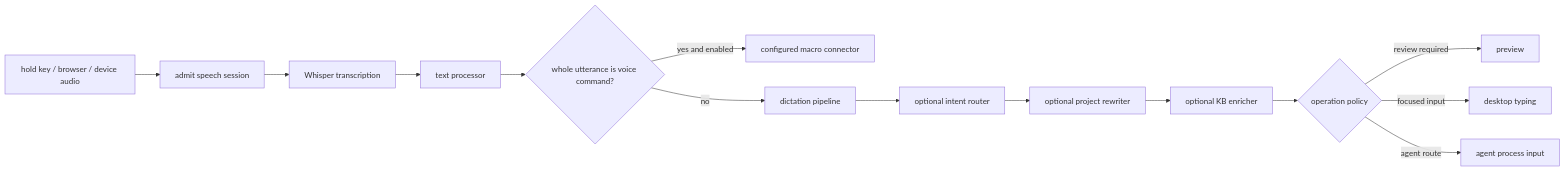
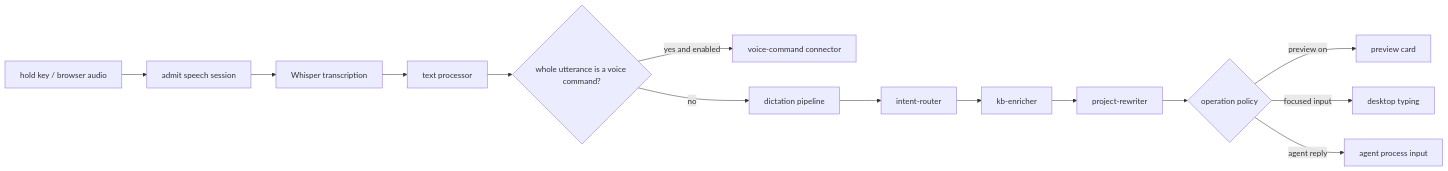
The first of 2 diagrams in docs/DICTATION_ARCHITECTURE.md (karolswdev/HoldSpeak), drawn with Mermaid before and after one commit. The commit also changed other lines of this file and 66 other files, not shown here.

````diff
--- a/docs/DICTATION_ARCHITECTURE.md
+++ b/docs/DICTATION_ARCHITECTURE.md
@@ -7,16 +8,16 @@
 ```mermaid
 flowchart LR
-    A[hold key / browser / device audio] --> B[admit speech session]
+    A[hold key / browser audio] --> B[admit speech session]
     B --> C[Whisper transcription]
     C --> D[text processor]
-    D --> E{whole utterance is voice command?}
-    E -->|yes and enabled| F[configured macro connector]
+    D --> E{whole utterance is a voice command?}
+    E -->|yes and enabled| F[voice-command connector]
     E -->|no| G[dictation pipeline]
-    G --> H[optional intent router]
-    H --> I[optional project rewriter]
-    I --> J[optional KB enricher]
+    G --> H[intent-router]
+    H --> I[kb-enricher]
+    I --> J[project-rewriter]
     J --> K{operation policy}
-    K -->|review required| L[preview]
+    K -->|preview on| L[preview card]
     K -->|focused input| M[desktop typing]
-    K -->|agent route| N[agent process input]
+    K -->|agent reply| N[agent process input]
 ```
````
